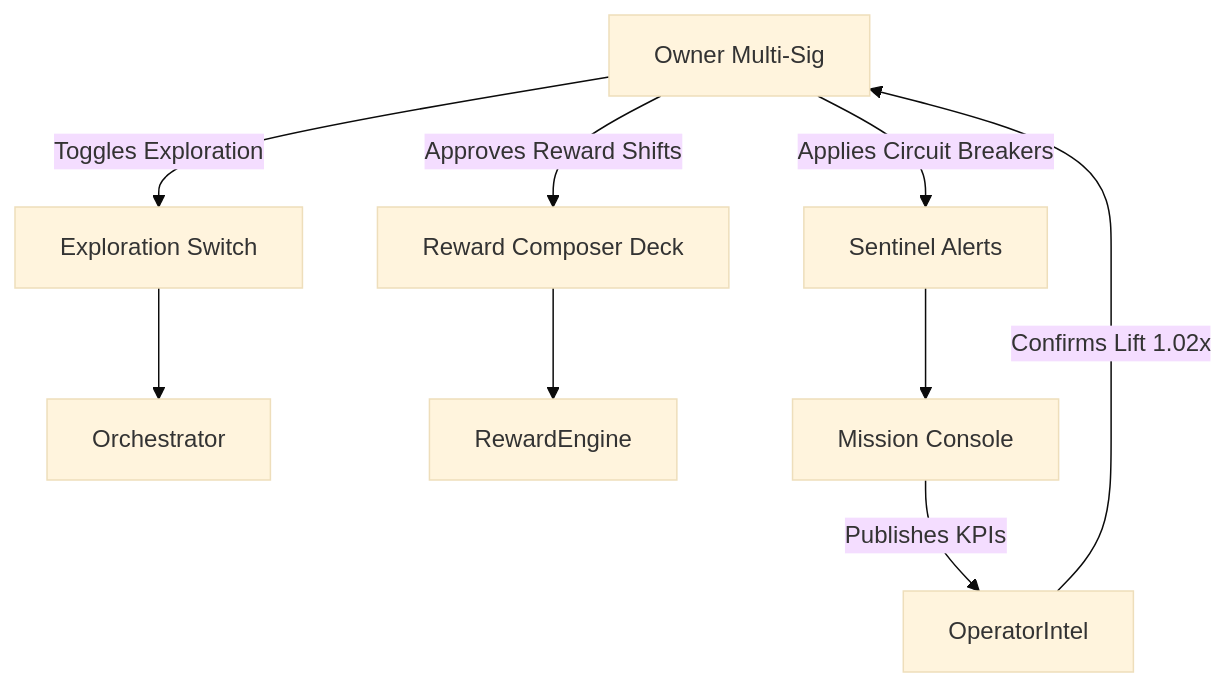
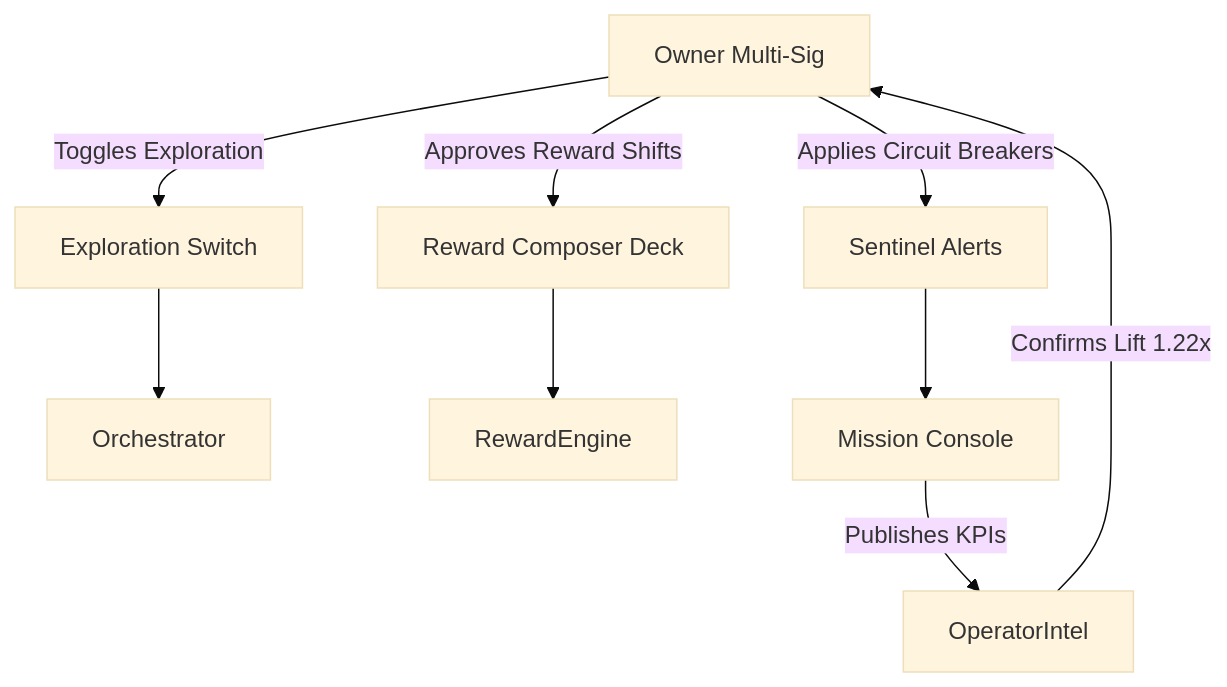
One commit to MontrealAI/AGIJobsv0 changed the diagram in demo/Era-Of-Experience-v0/reports/owner-control.mmd. Above: the diagram before and after it, drawn with Mermaid (base theme). The commit also changed 16 other files, not shown here.

```diff
--- a/demo/Era-Of-Experience-v0/reports/owner-control.mmd
+++ b/demo/Era-Of-Experience-v0/reports/owner-control.mmd
@@ -1,9 +1,9 @@
 graph TD
   Owner[Owner Multi-Sig] -->|Toggles Exploration| PolicySwitch
   Owner -->|Approves Reward Shifts| RewardDeck
   Owner -->|Applies Circuit Breakers| SentinelGrid
   PolicySwitch[Exploration Switch] --> Orchestrator
   RewardDeck[Reward Composer Deck] --> RewardEngine
   SentinelGrid[Sentinel Alerts] --> MissionConsole
   MissionConsole[Mission Console] -->|Publishes KPIs| OperatorIntel
-  OperatorIntel -->|Confirms Lift 1.02x| Owner
+  OperatorIntel -->|Confirms Lift 1.22x| Owner
```
